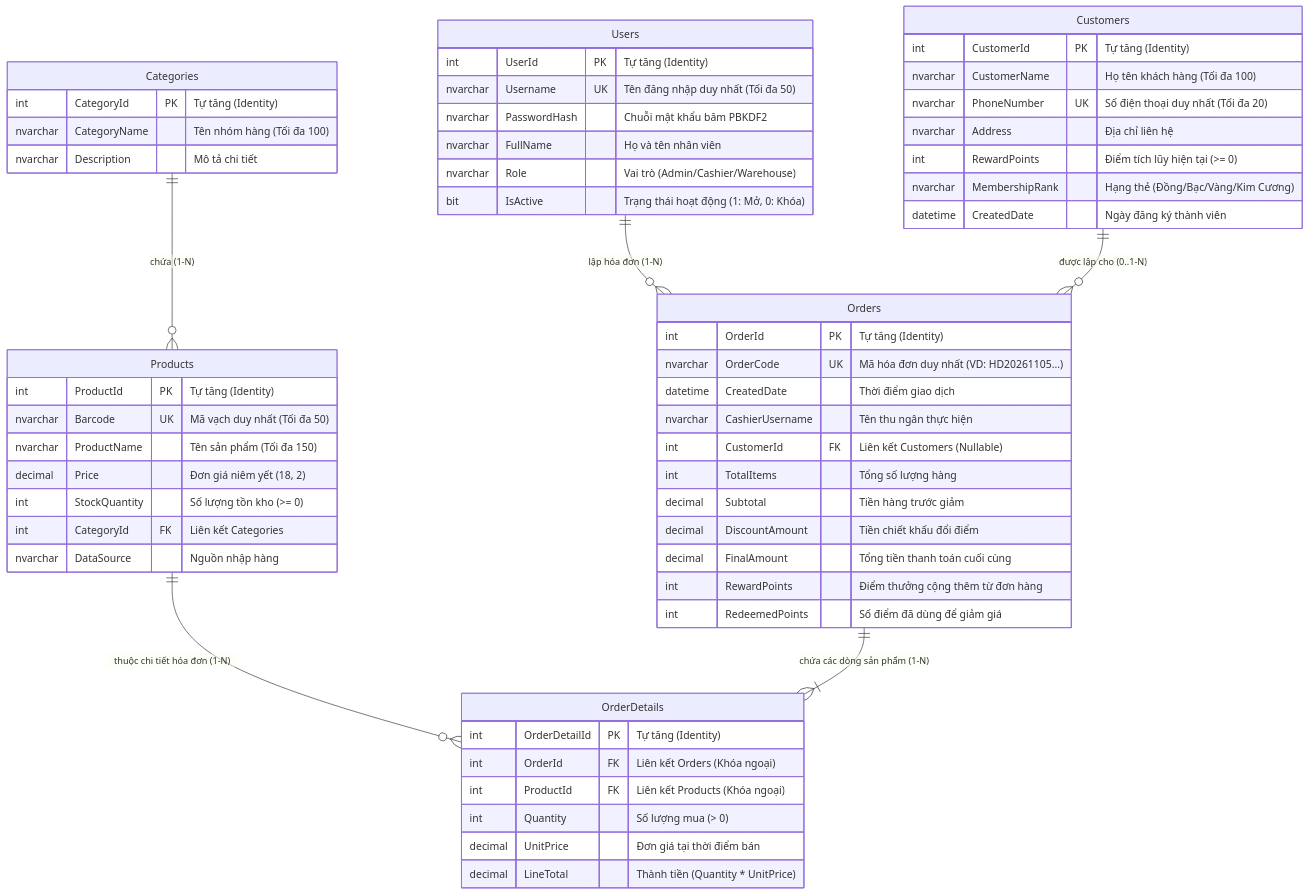
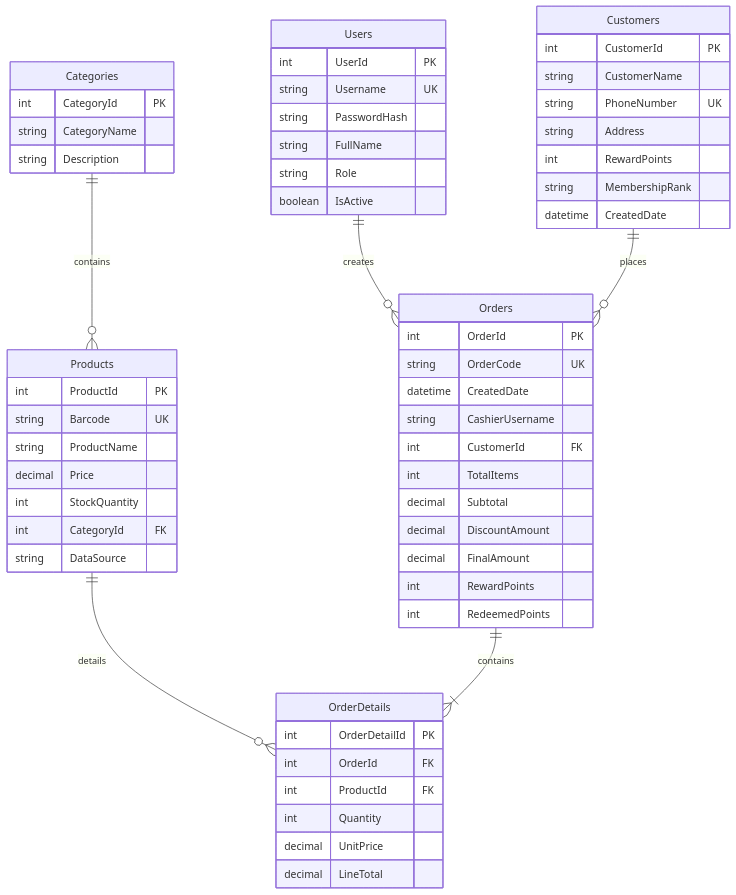
One commit to Trhung2010/HeThongBanLeThienAn changed the second of 3 diagrams in README.md. Above: the diagram before and after it, drawn with Mermaid. The commit also changed other lines of this file, not shown here.

Commit message:
fix(docs): sua loi cu phap Mermaid sequence va ER diagram tren GitHub

````diff
--- a/README.md
+++ b/README.md
@@ -100,65 +100,65 @@
 ```mermaid
 erDiagram
-    Categories ||--o{ Products : "chứa (1-N)"
+    Categories ||--o{ Products : contains
     Categories {
-        int CategoryId PK "Tự tăng (Identity)"
-        nvarchar CategoryName "Tên nhóm hàng (Tối đa 100)"
-        nvarchar Description "Mô tả chi tiết"
+        int CategoryId PK
+        string CategoryName
+        string Description
     }
 
-    Products ||--o{ OrderDetails : "thuộc chi tiết hóa đơn (1-N)"
+    Products ||--o{ OrderDetails : details
     Products {
-        int ProductId PK "Tự tăng (Identity)"
-        nvarchar Barcode UK "Mã vạch duy nhất (Tối đa 50)"
-        nvarchar ProductName "Tên sản phẩm (Tối đa 150)"
-        decimal Price "Đơn giá niêm yết (18, 2)"
-        int StockQuantity "Số lượng tồn kho (>= 0)"
-        int CategoryId FK "Liên kết Categories"
-        nvarchar DataSource "Nguồn nhập hàng"
+        int ProductId PK
+        string Barcode UK
+        string ProductName
+        decimal Price
+        int StockQuantity
+        int CategoryId FK
+        string DataSource
     }
 
-    Users ||--o{ Orders : "lập hóa đơn (1-N)"
+    Users ||--o{ Orders : creates
     Users {
-        int UserId PK "Tự tăng (Identity)"
-        nvarchar Username UK "Tên đăng nhập duy nhất (Tối đa 50)"
-        nvarchar PasswordHash "Chuỗi mật khẩu băm PBKDF2"
-        nvarchar FullName "Họ và tên nhân viên"
-        nvarchar Role "Vai trò (Admin/Cashier/Warehouse)"
-        bit IsActive "Trạng thái hoạt động (1: Mở, 0: Khóa)"
+        int UserId PK
+        string Username UK
+        string PasswordHash
+        string FullName
+        string Role
+        boolean IsActive
     }
 
-    Customers ||--o{ Orders : "được lập cho (0..1-N)"
+    Customers ||--o{ Orders : places
     Customers {
-        int CustomerId PK "Tự tăng (Identity)"
-        nvarchar CustomerName "Họ tên khách hàng (Tối đa 100)"
-        nvarchar PhoneNumber UK "Số điện thoại duy nhất (Tối đa 20)"
-        nvarchar Address "Địa chỉ liên hệ"
-        int RewardPoints "Điểm tích lũy hiện tại (>= 0)"
-        nvarchar MembershipRank "Hạng thẻ (Đồng/Bạc/Vàng/Kim Cương)"
-        datetime CreatedDate "Ngày đăng ký thành viên"
+        int CustomerId PK
+        string CustomerName
+        string PhoneNumber UK
+        string Address
+        int RewardPoints
+        string MembershipRank
+        datetime CreatedDate
     }
 
-    Orders ||--|{ OrderDetails : "chứa các dòng sản phẩm (1-N)"
+    Orders ||--|{ OrderDetails : contains
     Orders {
-        int OrderId PK "Tự tăng (Identity)"
-        nvarchar OrderCode UK "Mã hóa đơn duy nhất (VD: HD20261105...)"
-        datetime CreatedDate "Thời điểm giao dịch"
-        nvarchar CashierUsername "Tên thu ngân thực hiện"
-        int CustomerId FK "Liên kết Customers (Nullable)"
-        int TotalItems "Tổng số lượng hàng"
-        decimal Subtotal "Tiền hàng trước giảm"
-        decimal DiscountAmount "Tiền chiết khấu đổi điểm"
-        decimal FinalAmount "Tổng tiền thanh toán cuối cùng"
-        int RewardPoints "Điểm thưởng cộng thêm từ đơn hàng"
-        int RedeemedPoints "Số điểm đã dùng để giảm giá"
+        int OrderId PK
+        string OrderCode UK
+        datetime CreatedDate
+        string CashierUsername
+        int CustomerId FK
+        int TotalItems
+        decimal Subtotal
+        decimal DiscountAmount
+        decimal FinalAmount
+        int RewardPoints
+        int RedeemedPoints
     }
 
     OrderDetails {
-        int OrderDetailId PK "Tự tăng (Identity)"
-        int OrderId FK "Liên kết Orders (Khóa ngoại)"
-        int ProductId FK "Liên kết Products (Khóa ngoại)"
-        int Quantity "Số lượng mua (> 0)"
-        decimal UnitPrice "Đơn giá tại thời điểm bán"
-        decimal LineTotal "Thành tiền (Quantity * UnitPrice)"
+        int OrderDetailId PK
+        int OrderId FK
+        int ProductId FK
+        int Quantity
+        decimal UnitPrice
+        decimal LineTotal
     }
 ```
````
